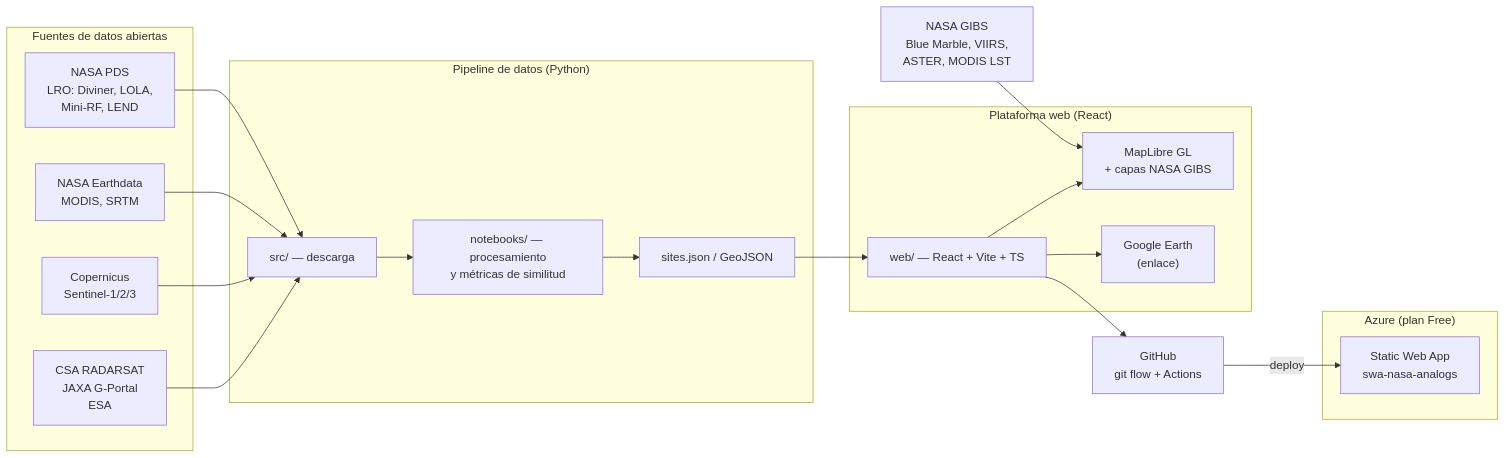
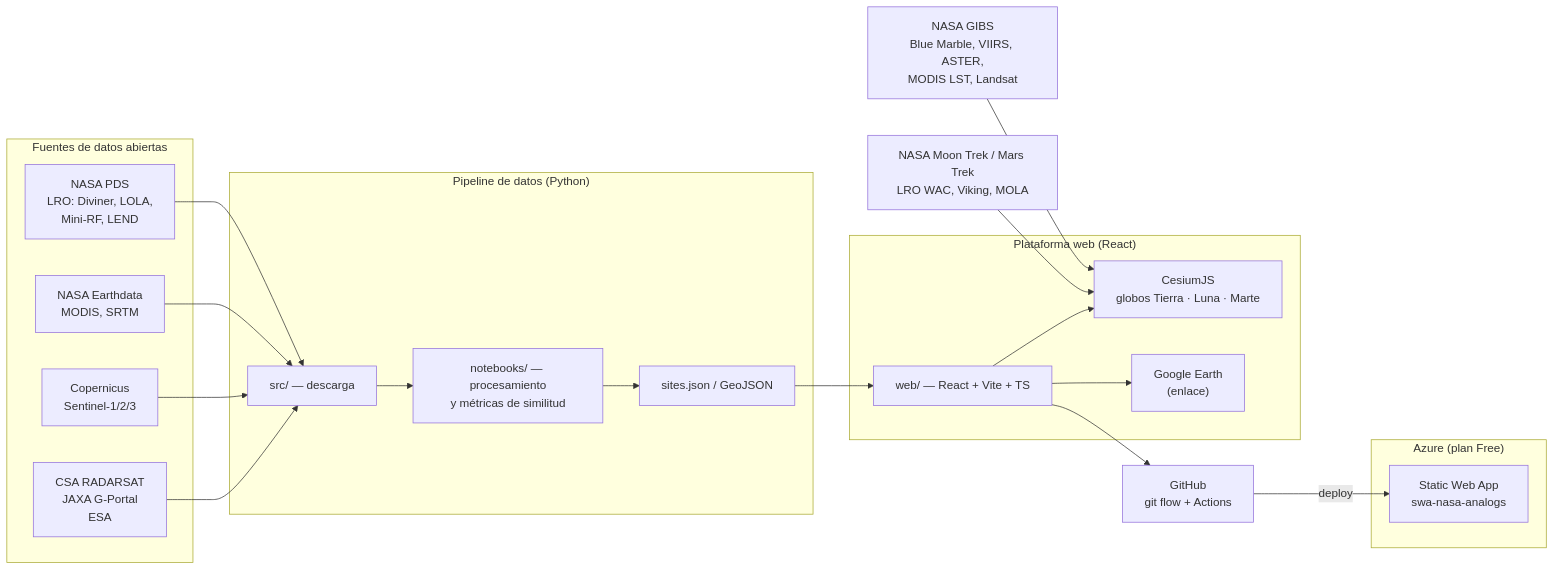
One commit to Mabeltranpe1/NASA_SPACE_APPS_2026 changed the first of 2 diagrams in docs/ARQUITECTURA.md. Above: the diagram before and after it, drawn with Mermaid. The commit also changed other lines of this file and 16 other files, not shown here.

First line of the commit message:
feat: globos 3D lado a lado de la Tierra, la Luna y Marte con CesiumJS

````diff
--- a/docs/ARQUITECTURA.md
+++ b/docs/ARQUITECTURA.md
@@ -5,37 +5,38 @@
 ```mermaid
 flowchart LR
     subgraph Fuentes["Fuentes de datos abiertas"]
         PDS["NASA PDS<br/>LRO: Diviner, LOLA,<br/>Mini-RF, LEND"]
         EARTH["NASA Earthdata<br/>MODIS, SRTM"]
         COP["Copernicus<br/>Sentinel-1/2/3"]
         OTROS["CSA RADARSAT<br/>JAXA G-Portal<br/>ESA"]
     end
 
     subgraph Pipeline["Pipeline de datos (Python)"]
         DL["src/ — descarga"]
         PROC["notebooks/ — procesamiento<br/>y métricas de similitud"]
         OUT["sites.json / GeoJSON"]
     end
 
     subgraph Web["Plataforma web (React)"]
         APP["web/ — React + Vite + TS"]
-        MAPS["MapLibre GL<br/>+ capas NASA GIBS"]
+        MAPS["CesiumJS<br/>globos Tierra · Luna · Marte"]
         GE["Google Earth<br/>(enlace)"]
     end
 
     subgraph Azure["Azure (plan Free)"]
         SWA["Static Web App<br/>swa-nasa-analogs"]
     end
 
     GH["GitHub<br/>git flow + Actions"]
 
     PDS --> DL
     EARTH --> DL
     COP --> DL
     OTROS --> DL
     DL --> PROC --> OUT --> APP
-    GIBS["NASA GIBS<br/>Blue Marble, VIIRS,<br/>ASTER, MODIS LST"] --> MAPS
+    GIBS["NASA GIBS<br/>Blue Marble, VIIRS, ASTER,<br/>MODIS LST, Landsat"] --> MAPS
+    TREK["NASA Moon Trek / Mars Trek<br/>LRO WAC, Viking, MOLA"] --> MAPS
     APP --> MAPS
     APP --> GE
     APP --> GH -->|deploy| SWA
 ```
````
